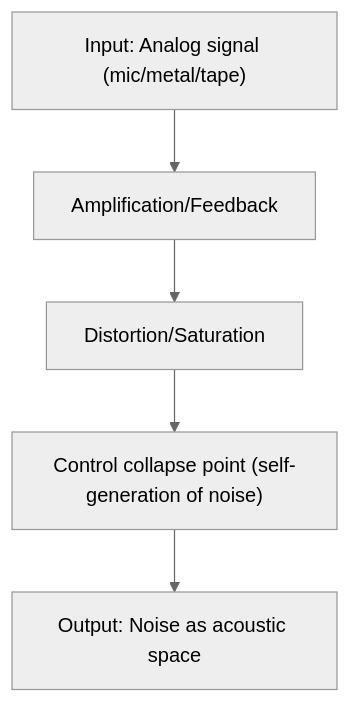
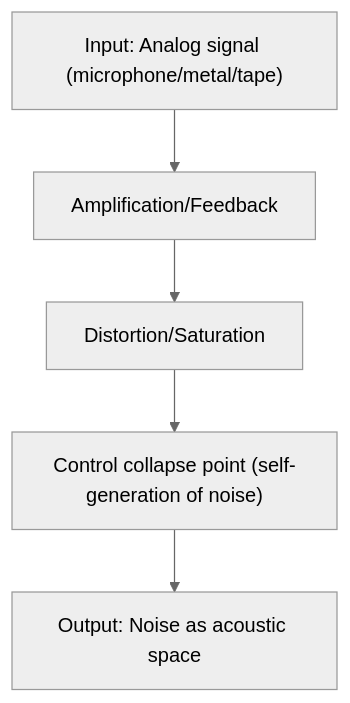
Before and after one commit to monumental-movement/monumental-movement.github.io: the second of 4 diagrams in en/_posts/2025-10-26-column-merzbow.md, drawn with Mermaid (neutral theme). The commit also changed other lines of this file and 1697 other files, not shown here.

```diff
--- a/en/_posts/2025-10-26-column-merzbow.md
+++ b/en/_posts/2025-10-26-column-merzbow.md
@@ -136,11 +137,11 @@
 <div class="mermaid">
 
 flowchart TD
-A["Input: Analog signal (mic/metal/tape)"]
+A["Input: Analog signal (microphone/metal/tape)"]
 B["Amplification/Feedback"]
 C["Distortion/Saturation"]
 D["Control collapse point (self-generation of noise)"]
 E["Output: Noise as acoustic space"]
 A --> B --> C --> D --> E
 
 </div>
```
